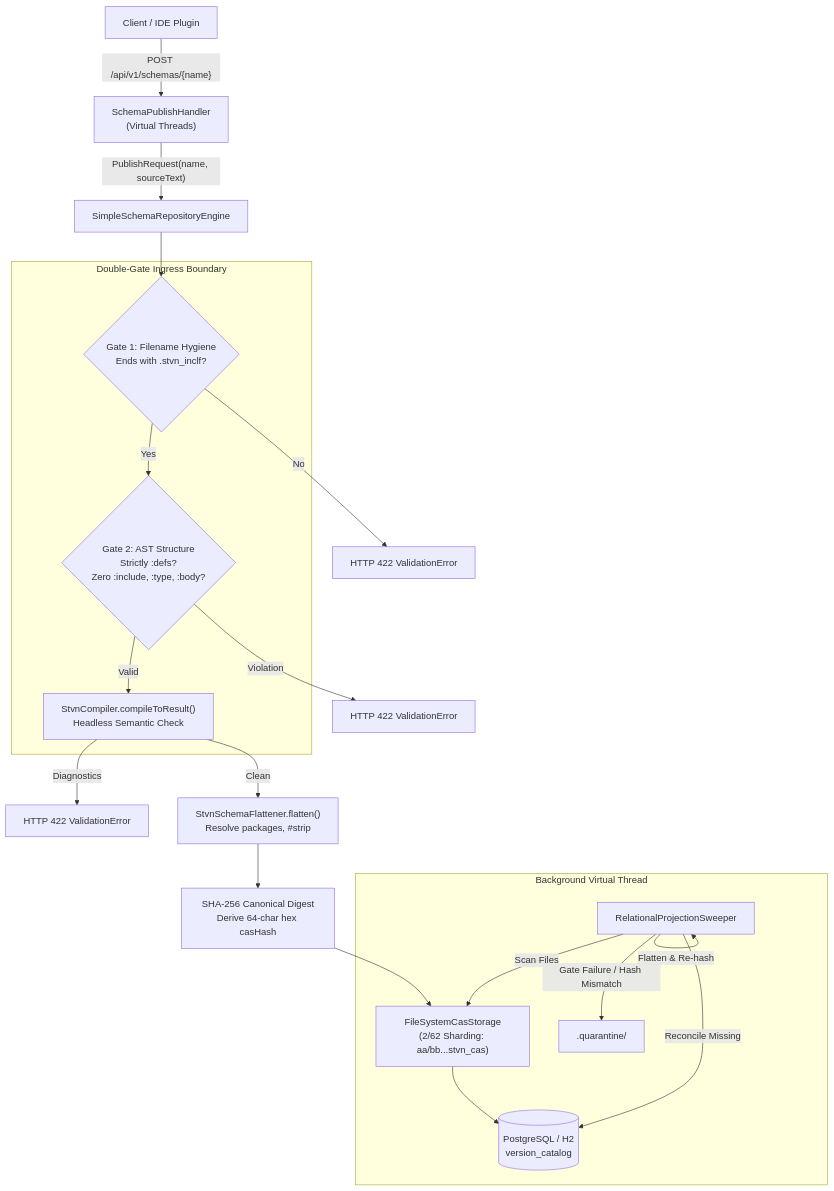
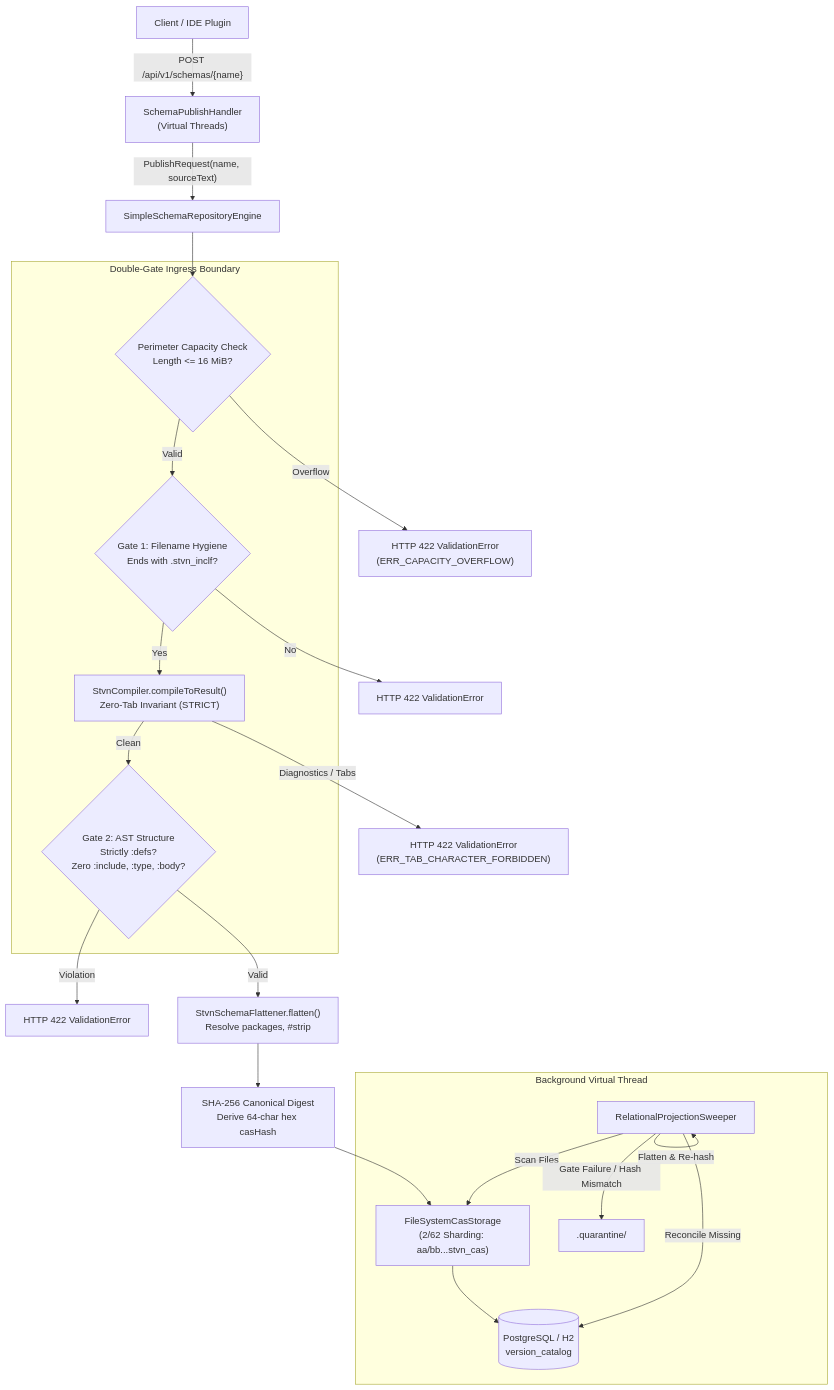
The diagram in docs/architecture/01_STVN_SCHEMA_REPOSITORY_OVERVIEW.md (chaotic3quilibrium/stvnadore-repository), drawn with Mermaid before and after one commit. The commit also changed other lines of this file and 14 other files, not shown here.

Commit message:
Refactored to achieve schema repository 1.3.0 ecosystem alignment

````diff
--- a/docs/architecture/01_STVN_SCHEMA_REPOSITORY_OVERVIEW.md
+++ b/docs/architecture/01_STVN_SCHEMA_REPOSITORY_OVERVIEW.md
@@ -51,31 +54,35 @@
 ```mermaid
 flowchart TD
     Client["Client / IDE Plugin"] -->|"POST /api/v1/schemas/{name}"| Handler["SchemaPublishHandler\n(Virtual Threads)"]
     Handler -->|"PublishRequest(name, sourceText)"| Engine["SimpleSchemaRepositoryEngine"]
     
     subgraph Ingress ["Double-Gate Ingress Boundary"]
+        Cap{"Perimeter Capacity Check\nLength <= 16 MiB?"}
         Gate1{"Gate 1: Filename Hygiene\nEnds with .stvn_inclf?"}
+        Compile["StvnCompiler.compileToResult()\nZero-Tab Invariant (STRICT)"]
         Gate2{"Gate 2: AST Structure\nStrictly :defs?\nZero :include, :type, :body?"}
-        Compile["StvnCompiler.compileToResult()\nHeadless Semantic Check"]
     end
     
-    Engine --> Gate1
+    Engine --> Cap
+    Cap -- "Overflow" --> ErrCap["HTTP 422 ValidationError\n(ERR_CAPACITY_OVERFLOW)"]
+    Cap -- "Valid" --> Gate1
     Gate1 -- "No" --> Err1["HTTP 422 ValidationError"]
-    Gate1 -- "Yes" --> Gate2
-    Gate2 -- "Violation" --> Err2["HTTP 422 ValidationError"]
-    Gate2 -- "Valid" --> Compile
-    Compile -- "Diagnostics" --> Err3["HTTP 422 ValidationError"]
-    Compile -- "Clean" --> Flattener["StvnSchemaFlattener.flatten()\nResolve packages, #strip"]
+    Gate1 -- "Yes" --> Compile
+    Compile -- "Diagnostics / Tabs" --> Err2["HTTP 422 ValidationError\n(ERR_TAB_CHARACTER_FORBIDDEN)"]
+    Compile -- "Clean" --> Gate2
+    Gate2 -- "Violation" --> Err3["HTTP 422 ValidationError"]
+    Gate2 -- "Valid" --> Flattener["StvnSchemaFlattener.flatten()\nResolve packages, #strip"]
     
     Flattener --> CASDigest["SHA-256 Canonical Digest\nDerive 64-char hex casHash"]
     CASDigest --> CAS["FileSystemCasStorage\n(2/62 Sharding: aa/bb...stvn_cas)"]
     CAS --> DB[(PostgreSQL / H2\nversion_catalog)]
 
     subgraph Background ["Background Virtual Thread"]
         Sweeper["RelationalProjectionSweeper"] -->|Scan Files| CAS
-        Sweeper -->|Validate Gates 1 & 2| Sweeper
+        Sweeper -->|Compile First| Sweeper
+        Sweeper -->|Validate Structure| Sweeper
         Sweeper -->|Flatten & Re-hash| Sweeper
         Sweeper -->|Reconcile Missing| DB
         Sweeper -->|Gate Failure / Hash Mismatch| Quarantine[".quarantine/"]
     end
 ```
````
